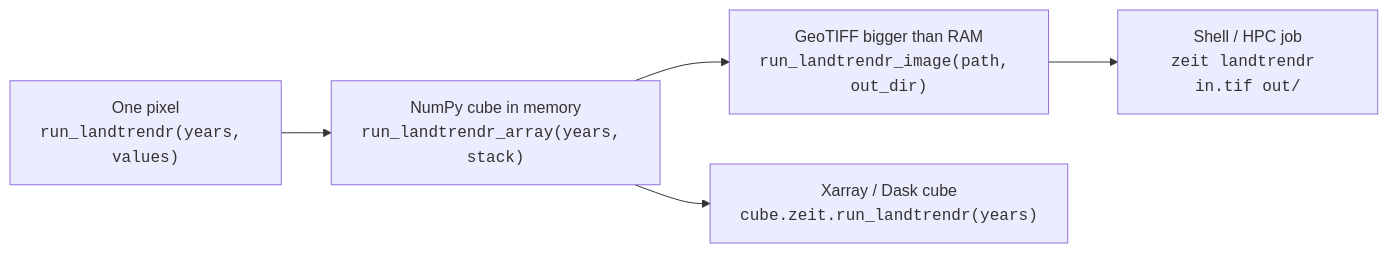
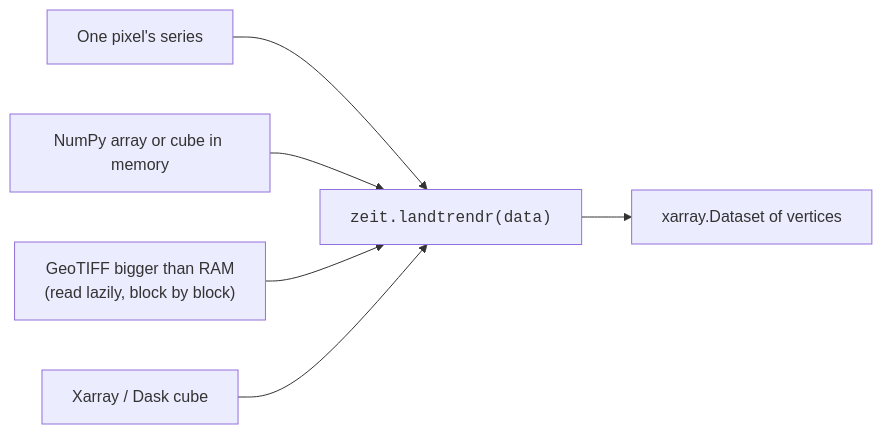
The diagram in docs/getting-started/concepts.md (sacridini/zeit-cdts), drawn with Mermaid before and after one commit. The commit also changed other lines of this file and 30 other files, not shown here.

First line of the commit message:
feat(landtrendr): one zeit.landtrendr for every kind of input

````diff
--- a/docs/getting-started/concepts.md
+++ b/docs/getting-started/concepts.md
@@ -73,7 +73,8 @@
 ```mermaid
 flowchart LR
-    A["One pixel<br/><code>run_landtrendr(years, values)</code>"] --> B["NumPy cube in memory<br/><code>run_landtrendr_array(years, stack)</code>"]
-    B --> C["GeoTIFF bigger than RAM<br/><code>run_landtrendr_image(path, out_dir)</code>"]
-    B --> D["Xarray / Dask cube<br/><code>cube.zeit.run_landtrendr(years)</code>"]
-    C --> E["Shell / HPC job<br/><code>zeit landtrendr in.tif out/</code>"]
+    A["One pixel's series"] --> L["<code>zeit.landtrendr(data)</code>"]
+    B["NumPy array or cube in memory"] --> L
+    C["GeoTIFF bigger than RAM<br/>(read lazily, block by block)"] --> L
+    D["Xarray / Dask cube"] --> L
+    L --> E["xarray.Dataset of vertices"]
 ```
````
